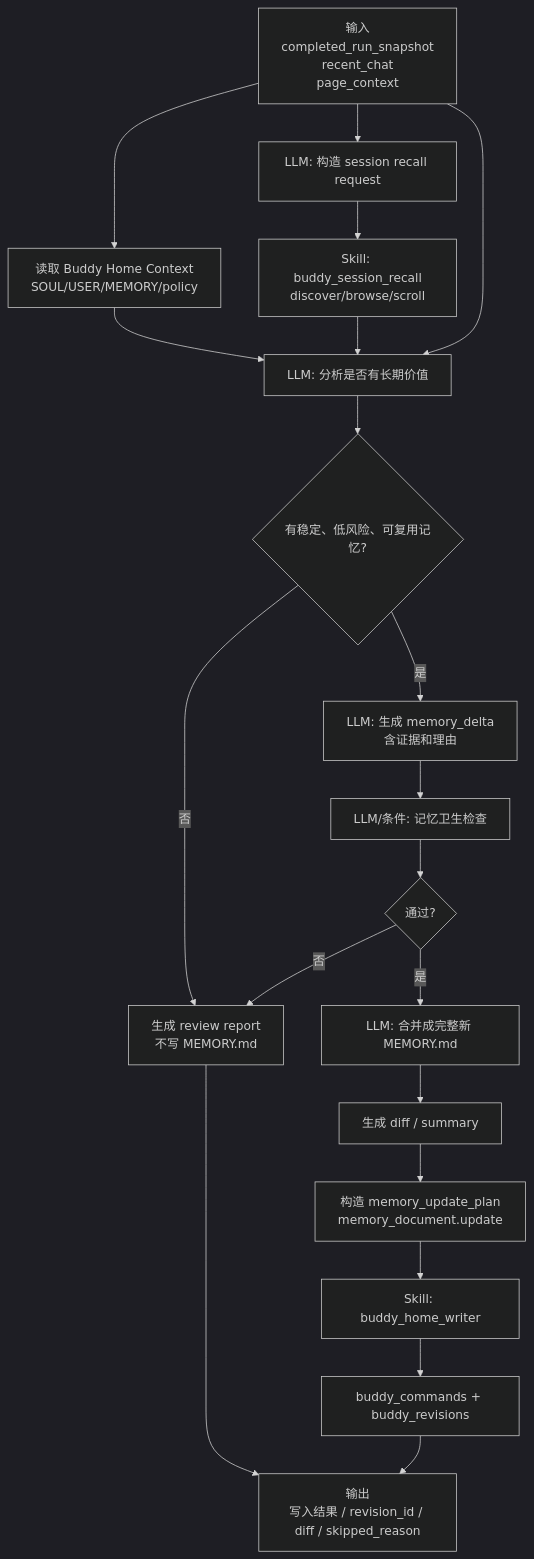
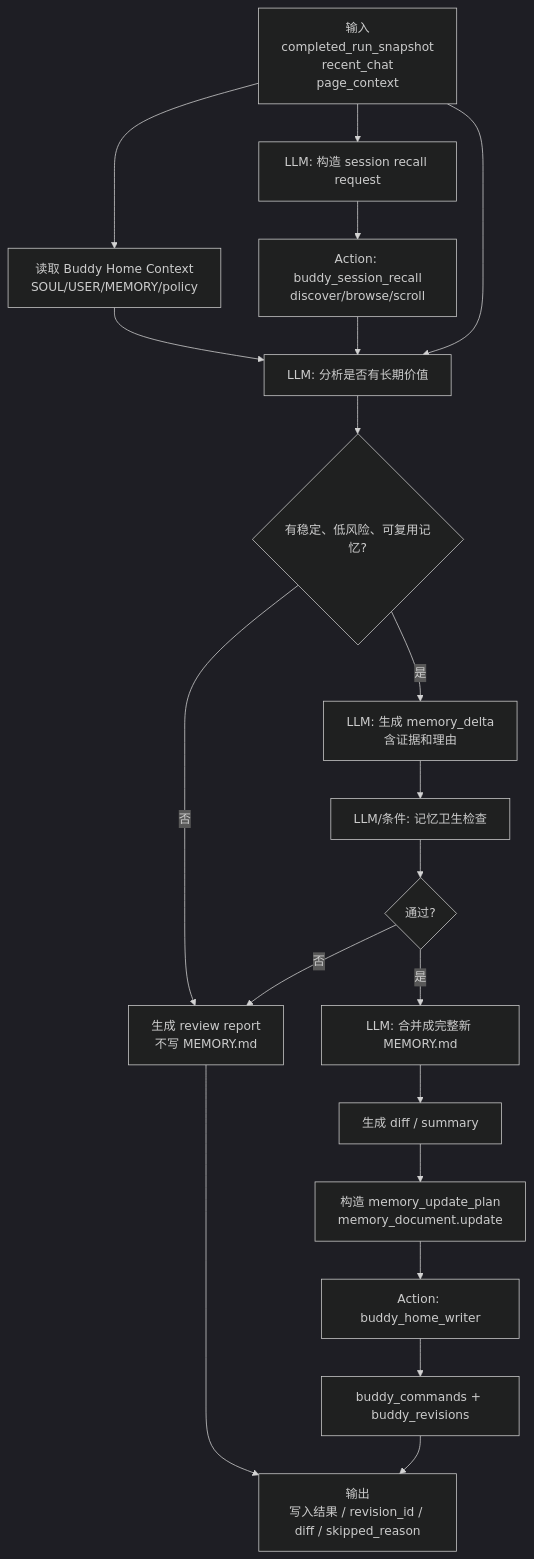
Before and after one commit to OoABYSSoO/TooGraph: the sixth of 6 diagrams in docs/superpowers/specs/2026-05-20-buddy-memory-hermes-alignment-design.md, drawn with Mermaid (dark theme). The commit also changed other lines of this file and 285 other files, not shown here.

````diff
--- a/docs/superpowers/specs/2026-05-20-buddy-memory-hermes-alignment-design.md
+++ b/docs/superpowers/specs/2026-05-20-buddy-memory-hermes-alignment-design.md
@@ -364,25 +364,25 @@
 ```mermaid
 flowchart TD
     Input[输入<br/>completed_run_snapshot<br/>recent_chat<br/>page_context] --> LoadHome[读取 Buddy Home Context<br/>SOUL/USER/MEMORY/policy]
     Input --> BuildRecallRequest[LLM: 构造 session recall request]
-    BuildRecallRequest --> Recall[Skill: buddy_session_recall<br/>discover/browse/scroll]
+    BuildRecallRequest --> Recall[Action: buddy_session_recall<br/>discover/browse/scroll]
     LoadHome --> Analyze[LLM: 分析是否有长期价值]
     Recall --> Analyze
     Input --> Analyze
 
     Analyze --> HasCandidate{有稳定、低风险、可复用记忆?}
     HasCandidate -- 否 --> ReportOnly[生成 review report<br/>不写 MEMORY.md]
     HasCandidate -- 是 --> DraftPatch[LLM: 生成 memory_delta<br/>含证据和理由]
 
     DraftPatch --> SafetyGate[LLM/条件: 记忆卫生检查]
     SafetyGate --> Safe{通过?}
     Safe -- 否 --> ReportOnly
     Safe -- 是 --> Merge[LLM: 合并成完整新 MEMORY.md]
 
     Merge --> Diff[生成 diff / summary]
     Diff --> WritePlan[构造 memory_update_plan<br/>memory_document.update]
-    WritePlan --> Writer[Skill: buddy_home_writer]
+    WritePlan --> Writer[Action: buddy_home_writer]
     Writer --> Revision[buddy_commands + buddy_revisions]
     Revision --> Output[输出<br/>写入结果 / revision_id / diff / skipped_reason]
     ReportOnly --> Output
 ```
````
